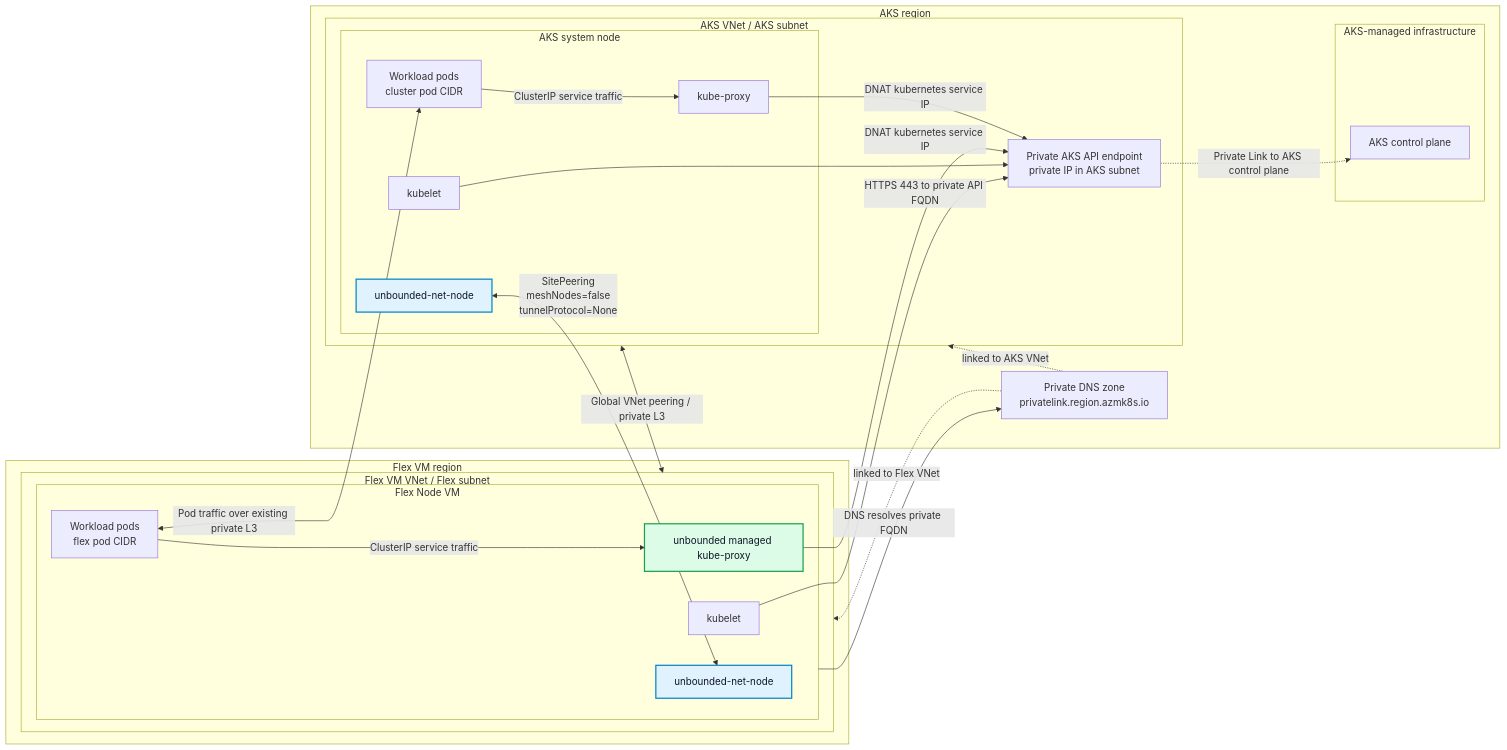
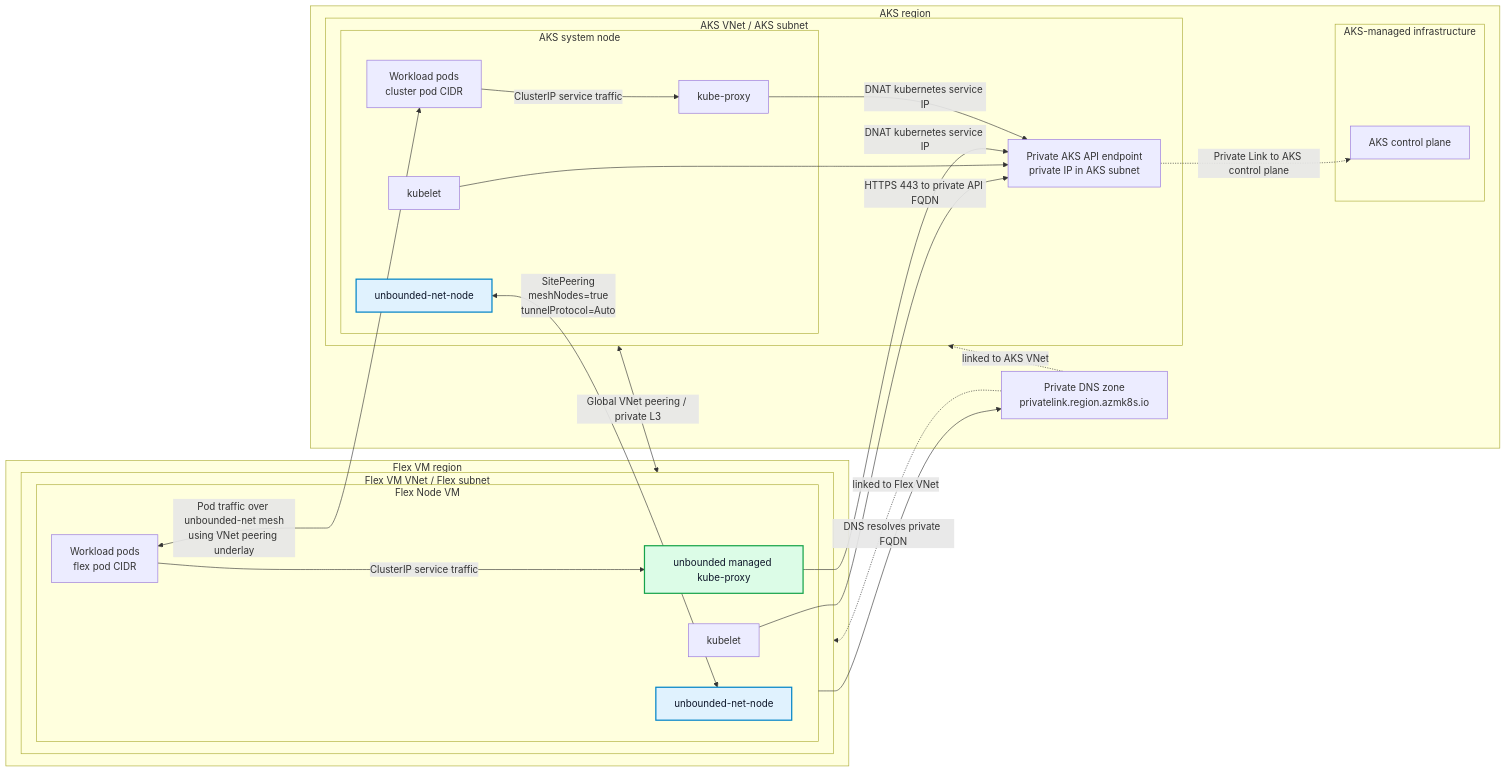
The diagram in docs/labs/aks-private-cluster-unbounded-net.md (Azure/AKSFlexNode), drawn with Mermaid before and after one commit. The commit also changed other lines of this file, not shown here.

Commit message:
Use mesh peering in private Unbounded Net lab (#250)

````diff
--- a/docs/labs/aks-private-cluster-unbounded-net.md
+++ b/docs/labs/aks-private-cluster-unbounded-net.md
@@ -32,52 +32,52 @@
 ```mermaid
 flowchart LR
     subgraph aksRegion[AKS region]
         subgraph aksVnet[AKS VNet / AKS subnet]
             privateEndpoint[Private AKS API endpoint<br/>private IP in AKS subnet]
             subgraph aksNode[AKS system node]
                 aksKubelet[kubelet]
                 kubeProxyAks[kube-proxy]
                 unboundedAks[unbounded-net-node]
                 aksPods[Workload pods<br/>cluster pod CIDR]
             end
         end
 
         privateDNS[Private DNS zone<br/>privatelink.region.azmk8s.io]
 
         subgraph aksManaged[AKS-managed infrastructure]
             controlPlane[AKS control plane]
         end
     end
 
     subgraph vmRegion[Flex VM region]
         subgraph flexVnet[Flex VM VNet / Flex subnet]
             subgraph flexNode[Flex Node VM]
                 flexKubelet[kubelet]
                 kubeProxyFlex[unbounded managed kube-proxy]
                 unboundedFlex[unbounded-net-node]
                 workload[Workload pods<br/>flex pod CIDR]
             end
         end
     end
 
     aksVnet <-->|Global VNet peering / private L3| flexVnet
     privateDNS -. linked to AKS VNet .-> aksVnet
     privateDNS -. linked to Flex VNet .-> flexVnet
     privateEndpoint -. Private Link to AKS control plane .-> controlPlane
     flexNode -->|DNS resolves private FQDN| privateDNS
     flexKubelet -->|HTTPS 443 to private API FQDN| privateEndpoint
     aksKubelet --> privateEndpoint
     workload -->|ClusterIP service traffic| kubeProxyFlex
     kubeProxyFlex -->|DNAT kubernetes service IP| privateEndpoint
     aksPods -->|ClusterIP service traffic| kubeProxyAks
     kubeProxyAks -->|DNAT kubernetes service IP| privateEndpoint
-    unboundedAks <-->|SitePeering<br/>meshNodes=false<br/>tunnelProtocol=None| unboundedFlex
-    workload <-->|Pod traffic over existing private L3| aksPods
+    unboundedAks <-->|SitePeering<br/>meshNodes=true<br/>tunnelProtocol=Auto| unboundedFlex
+    workload <-->|Pod traffic over unbounded-net mesh<br/>using VNet peering underlay| aksPods
 
     aksVnet ~~~ aksManaged
 
     classDef unbounded fill:#e0f2fe,stroke:#0284c7,stroke-width:2px,color:#0f172a;
     classDef unboundedProxy fill:#dcfce7,stroke:#16a34a,stroke-width:2px,color:#0f172a;
     class unboundedAks,unboundedFlex unbounded;
     class kubeProxyFlex unboundedProxy;
 ```
````
